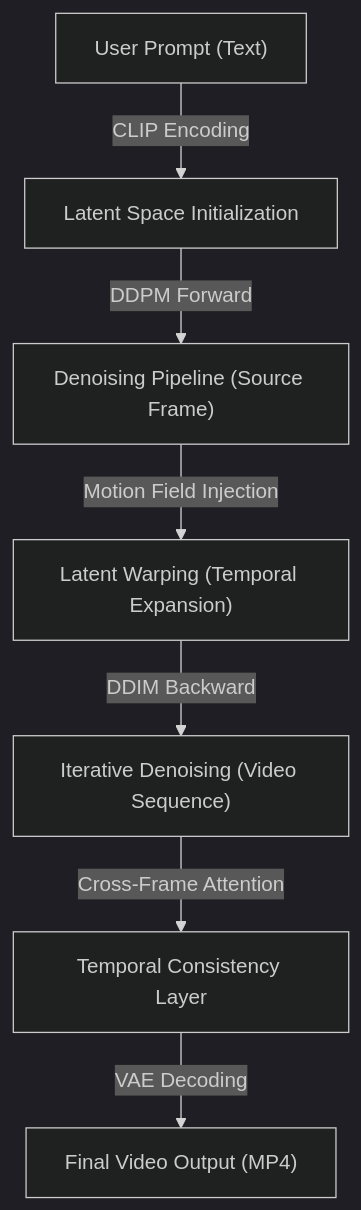
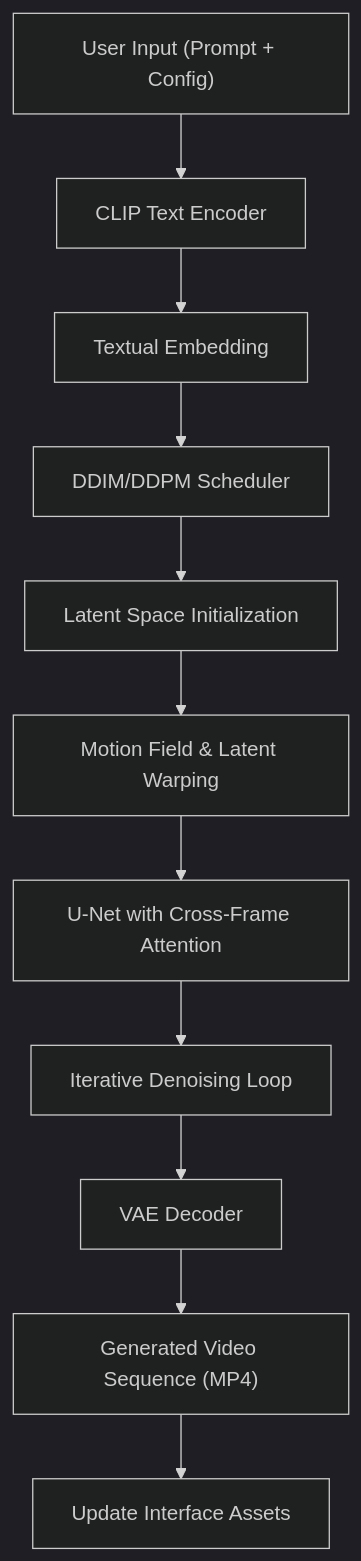
Before and after one commit to Amey-Thakur/ZERO-SHOT-VIDEO-GENERATION: the diagram in docs/SPECIFICATION.md, drawn with Mermaid (dark theme). The commit also changed other lines of this file, not shown here.

Commit message:
text2video

````diff
--- a/docs/SPECIFICATION.md
+++ b/docs/SPECIFICATION.md
@@ -8,9 +9,13 @@
 ```mermaid
 graph TD
-    A["User Prompt (Text)"] -->|CLIP Encoding| B["Latent Space Initialization"]
-    B -->|DDPM Forward| C["Denoising Pipeline (Source Frame)"]
-    C -->|Motion Field Injection| D["Latent Warping (Temporal Expansion)"]
-    D -->|DDIM Backward| E["Iterative Denoising (Video Sequence)"]
-    E -->|Cross-Frame Attention| F["Temporal Consistency Layer"]
-    F -->|VAE Decoding| G["Final Video Output (MP4)"]
+    Start["User Input (Prompt + Config)"] --> CLIP["CLIP Text Encoder"]
+    CLIP --> Embedding["Textual Embedding"]
+    Embedding --> Scheduler["DDIM/DDPM Scheduler"]
+    Scheduler --> Latents["Latent Space Initialization"]
+    Latents --> Warping["Motion Field & Latent Warping"]
+    Warping --> UNet["U-Net with Cross-Frame Attention"]
+    UNet --> Denoising["Iterative Denoising Loop"]
+    Denoising --> VAE["VAE Decoder"]
+    VAE --> Output["Generated Video Sequence (MP4)"]
+    Output --> UI["Update Interface Assets"]
 ```
````
